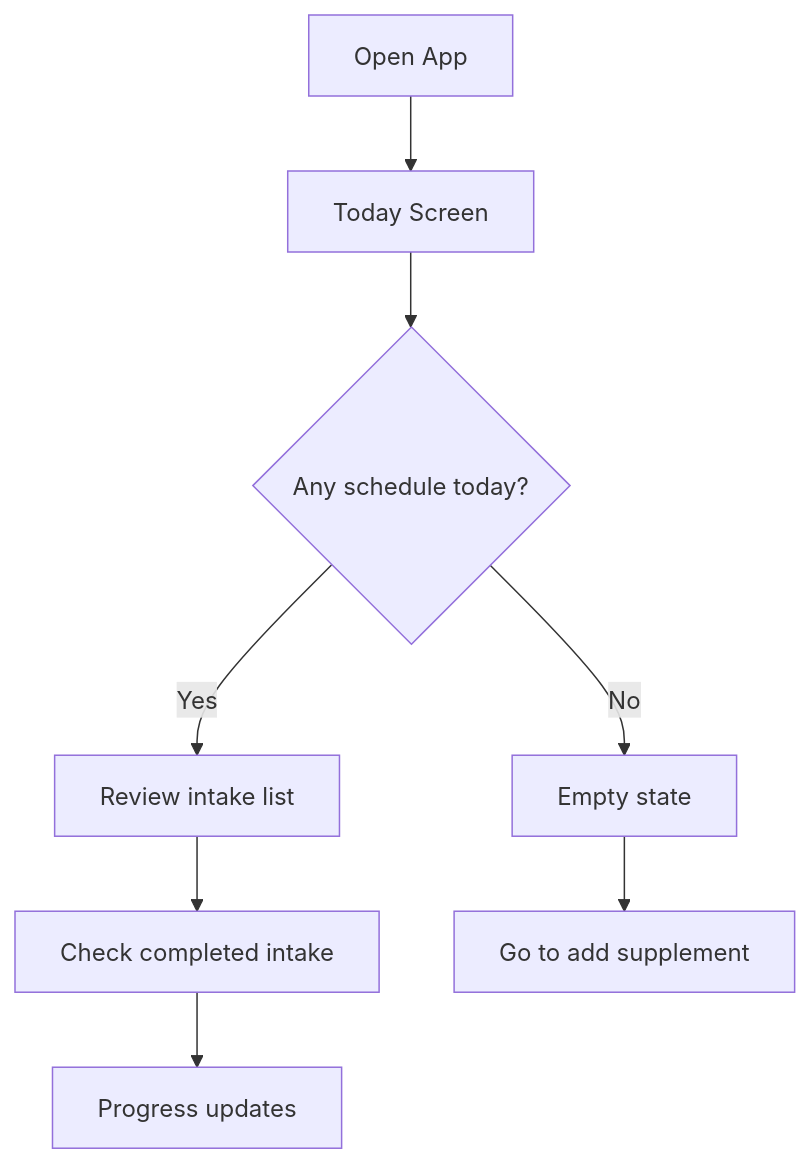
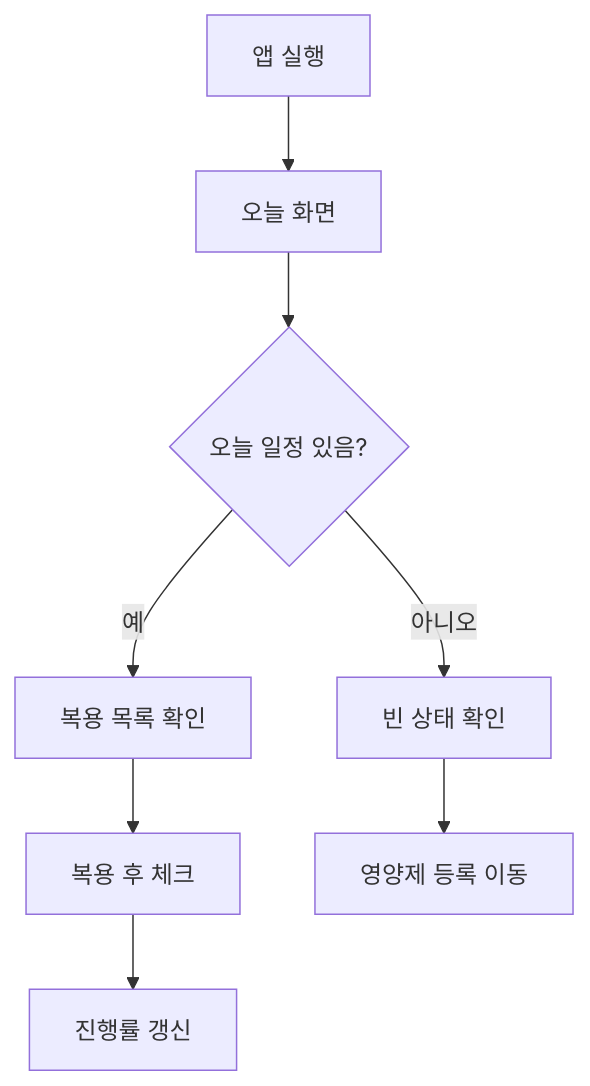
The first of 6 diagrams in docs/user_flow.md (Jiyeong-kor/supplement_routine), drawn with Mermaid before and after one commit. The commit also changed other lines of this file and 17 other files, not shown here.

````diff
--- a/docs/user_flow.md
+++ b/docs/user_flow.md
@@ -13,10 +13,10 @@
 ```mermaid
 flowchart TD
-    A["Open App"] --> B["Today Screen"]
-    B --> C{"Any schedule today?"}
-    C -->|Yes| D["Review intake list"]
-    D --> E["Check completed intake"]
-    E --> F["Progress updates"]
-    C -->|No| G["Empty state"]
-    G --> H["Go to add supplement"]
+    A["앱 실행"] --> B["오늘 화면"]
+    B --> C{"오늘 일정 있음?"}
+    C -->|예| D["복용 목록 확인"]
+    D --> E["복용 후 체크"]
+    E --> F["진행률 갱신"]
+    C -->|아니오| G["빈 상태 확인"]
+    G --> H["영양제 등록 이동"]
 ```
````
